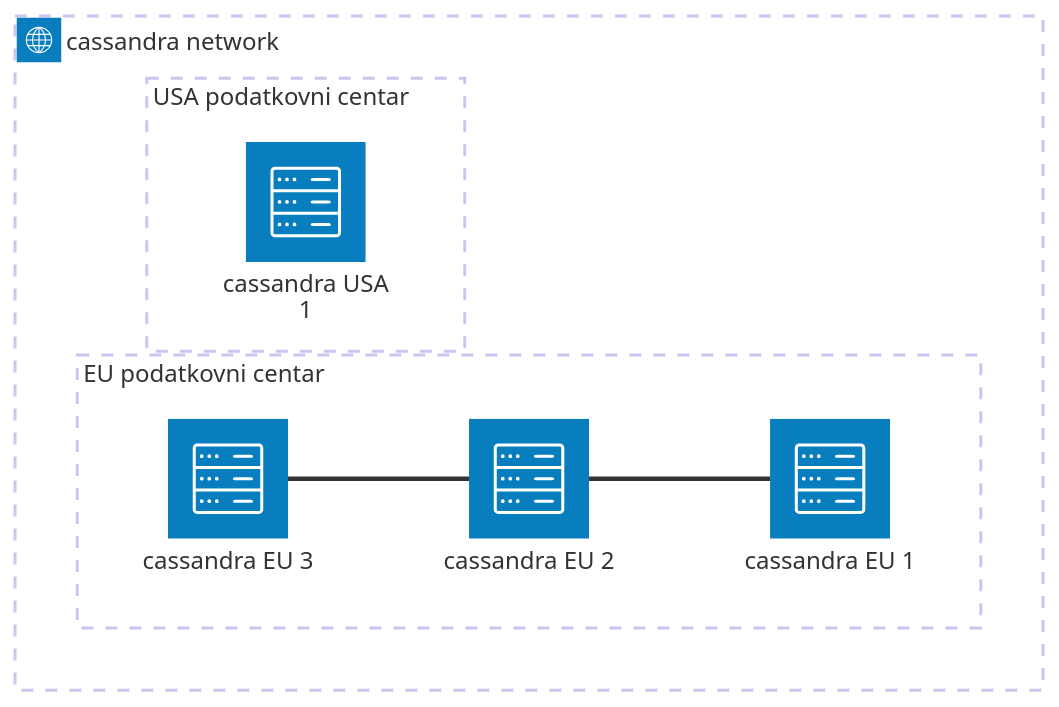
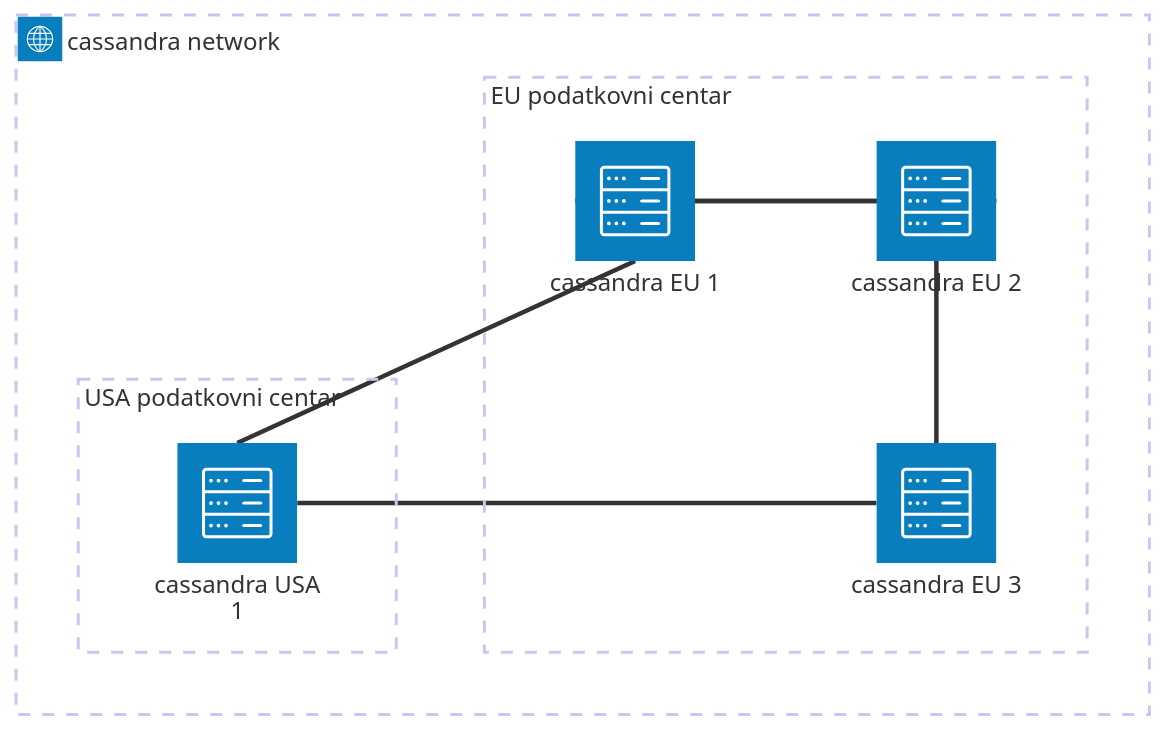
Before and after one commit to ppelesk/cassandra: the diagram in README.md, drawn with Mermaid.

Commit message:
Revise service connections in README
Updated connections between services in the architecture diagram.

````diff
--- a/README.md
+++ b/README.md
@@ -18,12 +18,15 @@
 ```mermaid
 architecture-beta
     group cassandra(internet)[cassandra network]
     group EU[EU podatkovni centar] in cassandra
     service c1(server)[cassandra EU 1] in EU
     service c2(server)[cassandra EU 2] in EU
     service c3(server)[cassandra EU 3] in EU
     group USA[USA podatkovni centar] in cassandra
     service c4(server)[cassandra USA 1] in USA
     c1:L -- R:c2
-    c2:L -- R:c3
+    c2:L -- R:c1
+    c3:T -- B:c2
+    c4:T -- B:c1
+    c4:R -- L:c3
 ```
````
